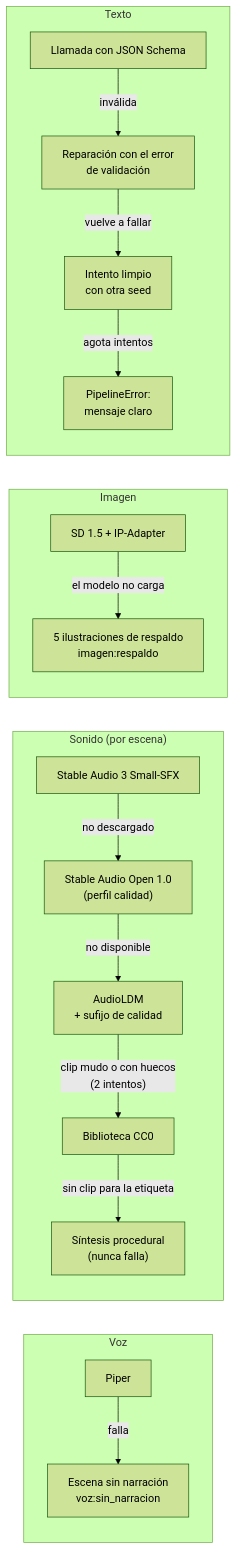
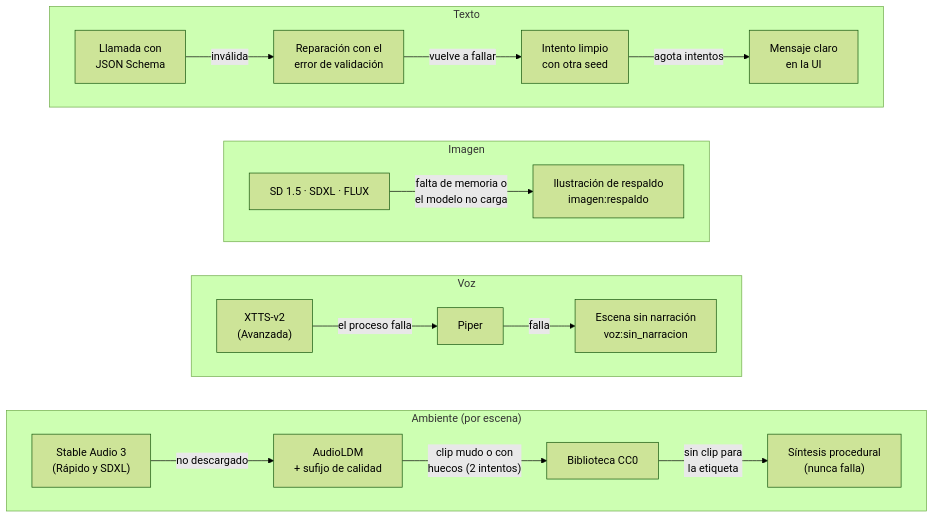
One commit to DiegoAlejandroU/StoryBook-IA changed the fourth of 4 diagrams in docs/arquitectura.md. Above: the diagram before and after it, drawn with Mermaid (forest theme). The commit also changed other lines of this file and 21 other files, not shown here.

````diff
--- a/docs/arquitectura.md
+++ b/docs/arquitectura.md
@@ -171,20 +168,25 @@
 ```mermaid
-flowchart LR
-    subgraph V["Voz"]
-        V1["Piper"] -->|falla| V2["Escena sin narración<br/>voz:sin_narracion"]
-    end
-    subgraph SND["Sonido (por escena)"]
-        S1["Stable Audio 3 Small-SFX"] -->|no descargado| S2["Stable Audio Open 1.0<br/>(perfil calidad)"]
-        S2 -->|no disponible| S3["AudioLDM<br/>+ sufijo de calidad"]
-        S3 -->|"clip mudo o con huecos<br/>(2 intentos)"| S4["Biblioteca CC0"]
-        S4 -->|sin clip para la etiqueta| S5["Síntesis procedural<br/>(nunca falla)"]
+flowchart TB
+    subgraph T["Texto"]
+        direction LR
+        T1["Llamada con<br/>JSON Schema"] -->|inválida| T2["Reparación con el<br/>error de validación"]
+        T2 -->|vuelve a fallar| T3["Intento limpio<br/>con otra seed"]
+        T3 -->|agota intentos| T4["Mensaje claro<br/>en la UI"]
     end
     subgraph I["Imagen"]
-        I1["SD 1.5 + IP-Adapter"] -->|el modelo no carga| I2["5 ilustraciones de respaldo<br/>imagen:respaldo"]
+        direction LR
+        I1["SD 1.5 · SDXL · FLUX"] -->|"falta de memoria o<br/>el modelo no carga"| I2["Ilustración de respaldo<br/>imagen:respaldo"]
     end
-    subgraph T["Texto"]
-        T1["Llamada con JSON Schema"] -->|inválida| T2["Reparación con el error<br/>de validación"]
-        T2 -->|vuelve a fallar| T3["Intento limpio<br/>con otra seed"]
-        T3 -->|agota intentos| T4["PipelineError:<br/>mensaje claro"]
+    subgraph V["Voz"]
+        direction LR
+        V1["XTTS-v2<br/>(Avanzada)"] -->|el proceso falla| V2["Piper"]
+        V2 -->|falla| V3["Escena sin narración<br/>voz:sin_narracion"]
     end
+    subgraph SND["Ambiente (por escena)"]
+        direction LR
+        S1["Stable Audio 3<br/>(Rápido y SDXL)"] -->|no descargado| S3["AudioLDM<br/>+ sufijo de calidad"]
+        S3 -->|"clip mudo o con<br/>huecos (2 intentos)"| S4["Biblioteca CC0"]
+        S4 -->|sin clip para<br/>la etiqueta| S5["Síntesis procedural<br/>(nunca falla)"]
+    end
+    T ~~~ I ~~~ V ~~~ SND
 ```
````
